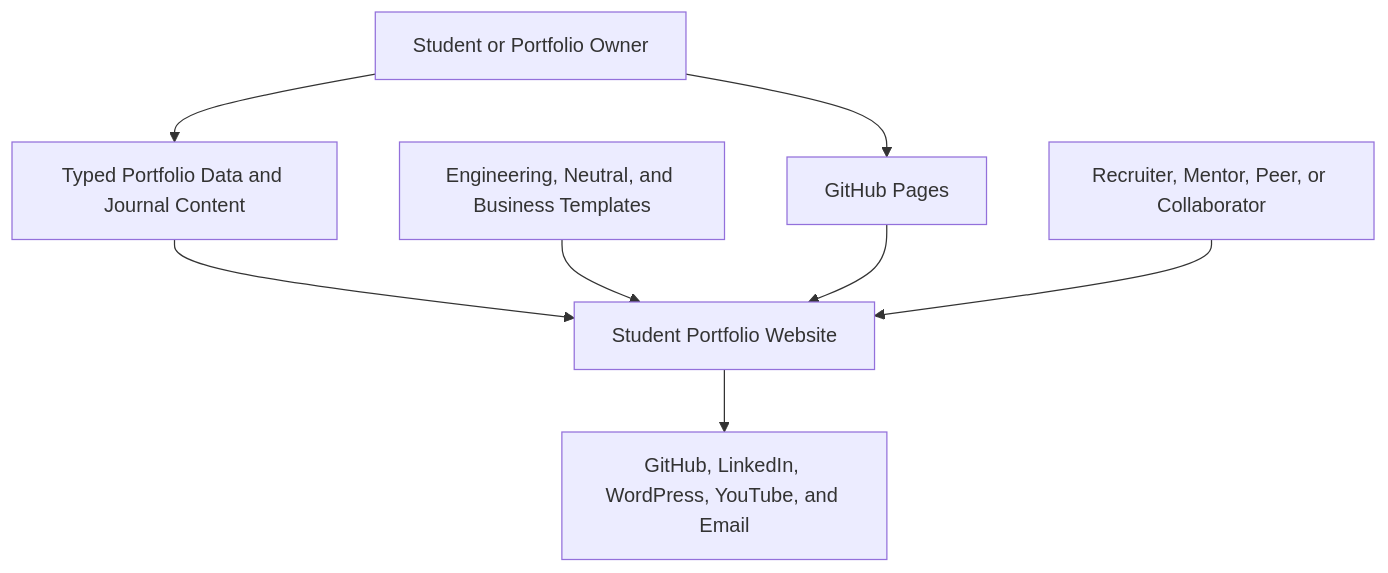
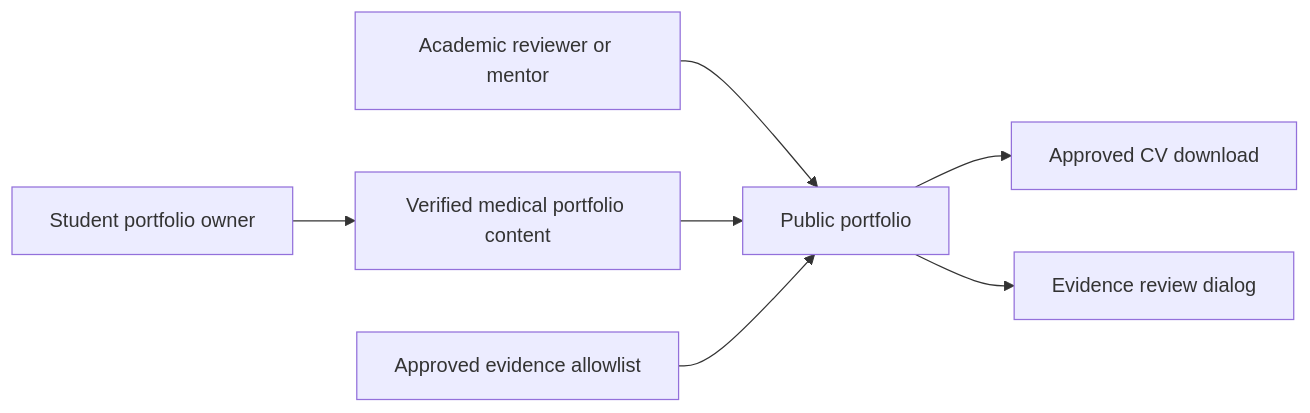
Before and after one commit to StratusNebulosus/StratusNebulosus.github.io: the diagram in aidlc-docs/inception/reverse-engineering/business-overview.md, drawn with Mermaid. The commit also changed other lines of this file and 299 other files, not shown here.

````diff
--- a/aidlc-docs/inception/reverse-engineering/business-overview.md
+++ b/aidlc-docs/inception/reverse-engineering/business-overview.md
@@ -5,18 +5,9 @@
 ```mermaid
-flowchart TD
-    Student["Student or Portfolio Owner"]
-    Visitor["Recruiter, Mentor, Peer, or Collaborator"]
-    Portfolio["Student Portfolio Website"]
-    Content["Typed Portfolio Data and Journal Content"]
-    Templates["Engineering, Neutral, and Business Templates"]
-    External["GitHub, LinkedIn, WordPress, YouTube, and Email"]
-    Pages["GitHub Pages"]
-
-    Student --> Content
-    Content --> Portfolio
-    Templates --> Portfolio
-    Student --> Pages
-    Pages --> Portfolio
-    Visitor --> Portfolio
-    Portfolio --> External
+flowchart LR
+    Student["Student portfolio owner"] --> Content["Verified medical portfolio content"]
+    Reviewer["Academic reviewer or mentor"] --> Site["Public portfolio"]
+    Content --> Site
+    Evidence["Approved evidence allowlist"] --> Site
+    Site --> Download["Approved CV download"]
+    Site --> Gallery["Evidence review dialog"]
 ```
````
